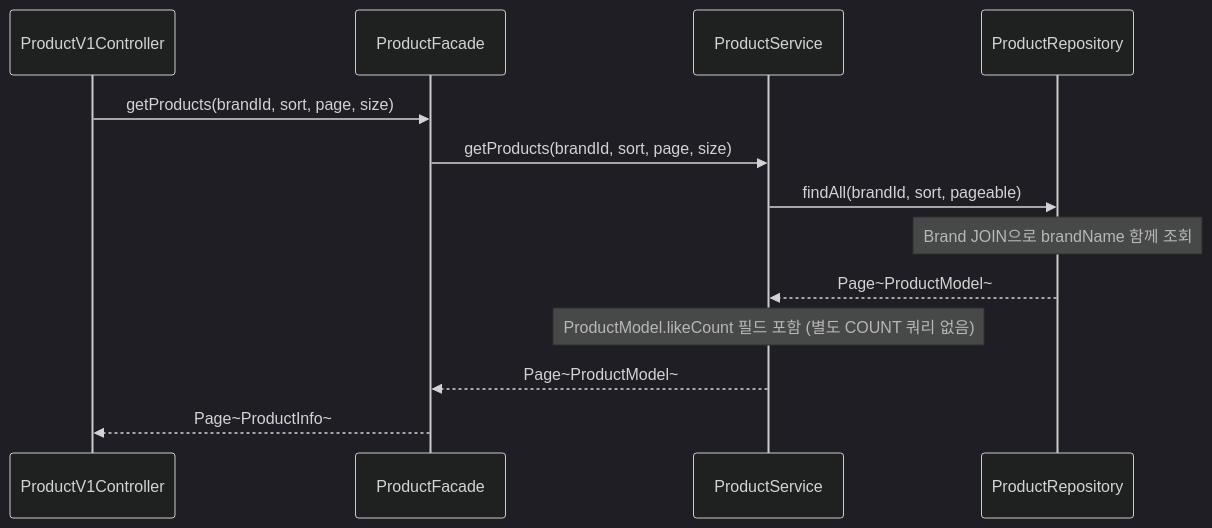
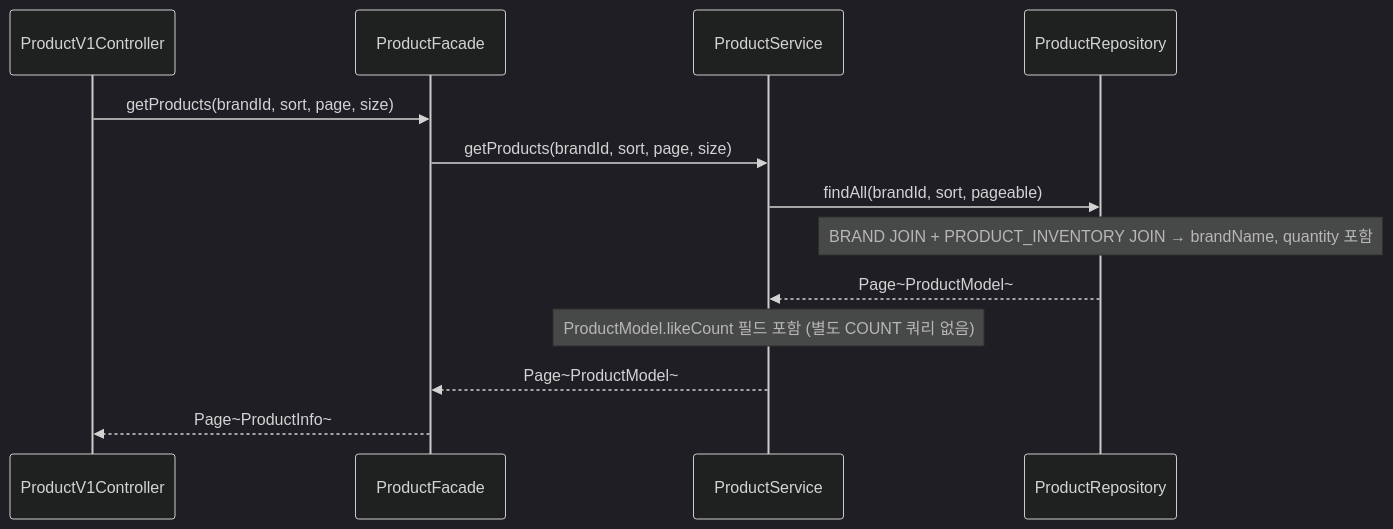
The seventh of 21 diagrams in docs/v3/sequence.md (loopers-labs/loop-pack-be-l2-vol4-java), drawn with Mermaid (dark theme) before and after one commit. The commit also changed other lines of this file and 2 other files, not shown here.

First line of the commit message:
docs: 상품 조회 시 재고 JOIN 통합 설계 반영

````diff
--- a/docs/v3/sequence.md
+++ b/docs/v3/sequence.md
@@ -148,16 +148,16 @@
 ```mermaid
 sequenceDiagram
     participant ProductV1Controller
     participant ProductFacade
     participant ProductService
     participant ProductRepository
 
     ProductV1Controller->>ProductFacade: getProducts(brandId, sort, page, size)
     ProductFacade->>ProductService: getProducts(brandId, sort, page, size)
     ProductService->>ProductRepository: findAll(brandId, sort, pageable)
-    Note over ProductRepository: Brand JOIN으로 brandName 함께 조회
+    Note over ProductRepository: BRAND JOIN + PRODUCT_INVENTORY JOIN → brandName, quantity 포함
     ProductRepository-->>ProductService: Page~ProductModel~
     Note over ProductService: ProductModel.likeCount 필드 포함 (별도 COUNT 쿼리 없음)
     ProductService-->>ProductFacade: Page~ProductModel~
     ProductFacade-->>ProductV1Controller: Page~ProductInfo~
 ```
````
